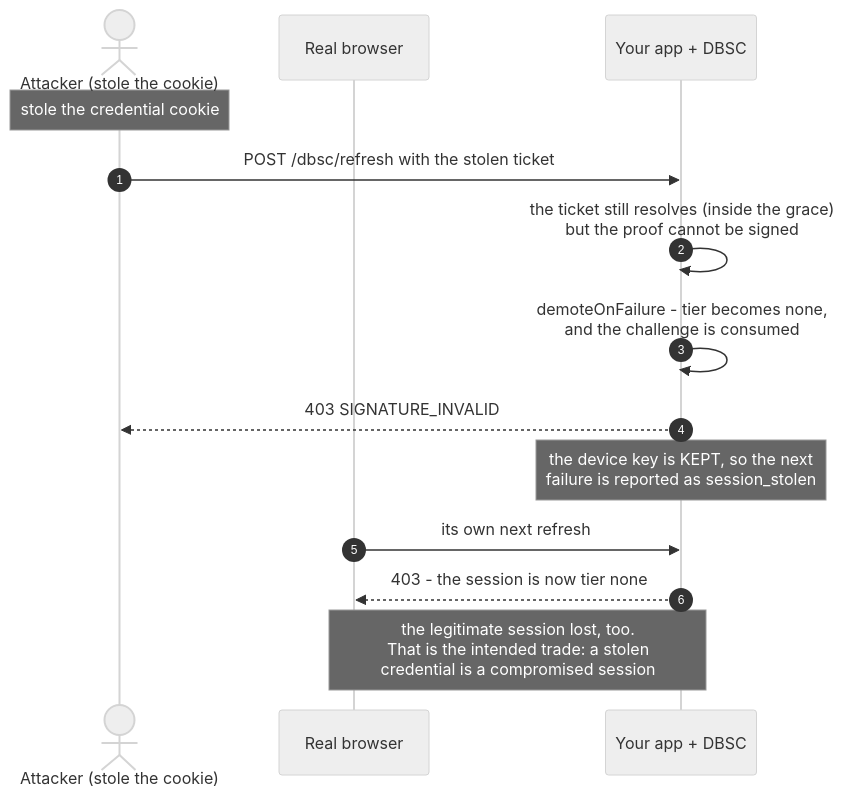
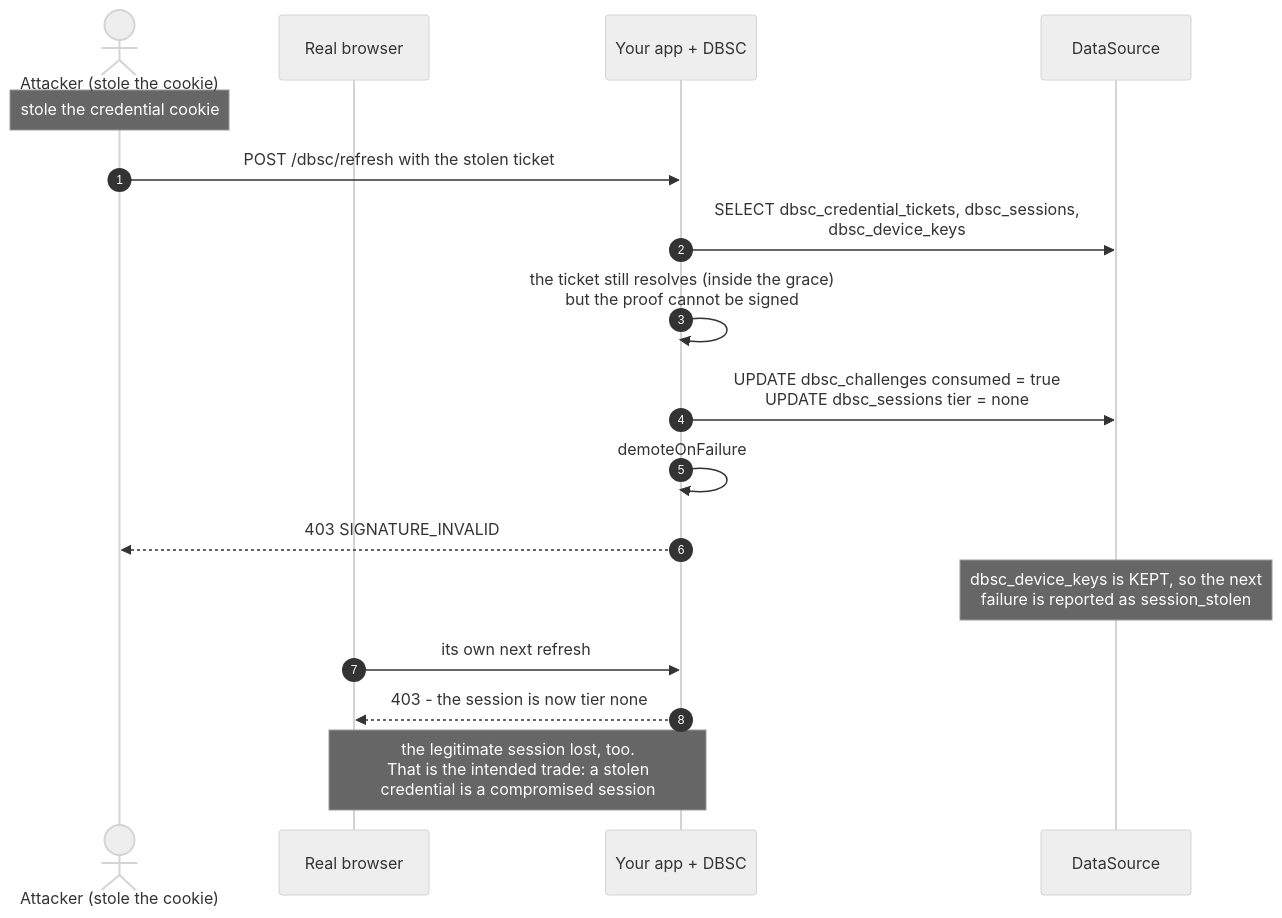
The sixth of 12 diagrams in README.md (yuukioosaka/spring-dbsc), drawn with Mermaid (neutral theme) before and after one commit. The commit also changed other lines of this file, not shown here.

First line of the commit message:
README: fix the login/registration cookie story and add storage to the diagrams

````diff
--- a/README.md
+++ b/README.md
@@ -616,18 +652,21 @@
 ```mermaid
 sequenceDiagram
     autonumber
     actor A as Attacker (stole the cookie)
     participant B as Real browser
     participant S as Your app + DBSC
+    participant D as DataSource
 
     Note over A: stole the credential cookie
     A->>S: POST /dbsc/refresh with the stolen ticket
+    S->>D: SELECT dbsc_credential_tickets, dbsc_sessions,<br/>dbsc_device_keys
     S->>S: the ticket still resolves (inside the grace)<br/>but the proof cannot be signed
-    S->>S: demoteOnFailure - tier becomes none,<br/>and the challenge is consumed
+    S->>D: UPDATE dbsc_challenges consumed = true<br/>UPDATE dbsc_sessions tier = none
+    S->>S: demoteOnFailure
     S-->>A: 403 SIGNATURE_INVALID
-    Note over S: the device key is KEPT, so the next<br/>failure is reported as session_stolen
+    Note over D: dbsc_device_keys is KEPT, so the next<br/>failure is reported as session_stolen
 
     B->>S: its own next refresh
     S-->>B: 403 - the session is now tier none
     Note over B,S: the legitimate session lost, too.<br/>That is the intended trade: a stolen<br/>credential is a compromised session
 ```
````
